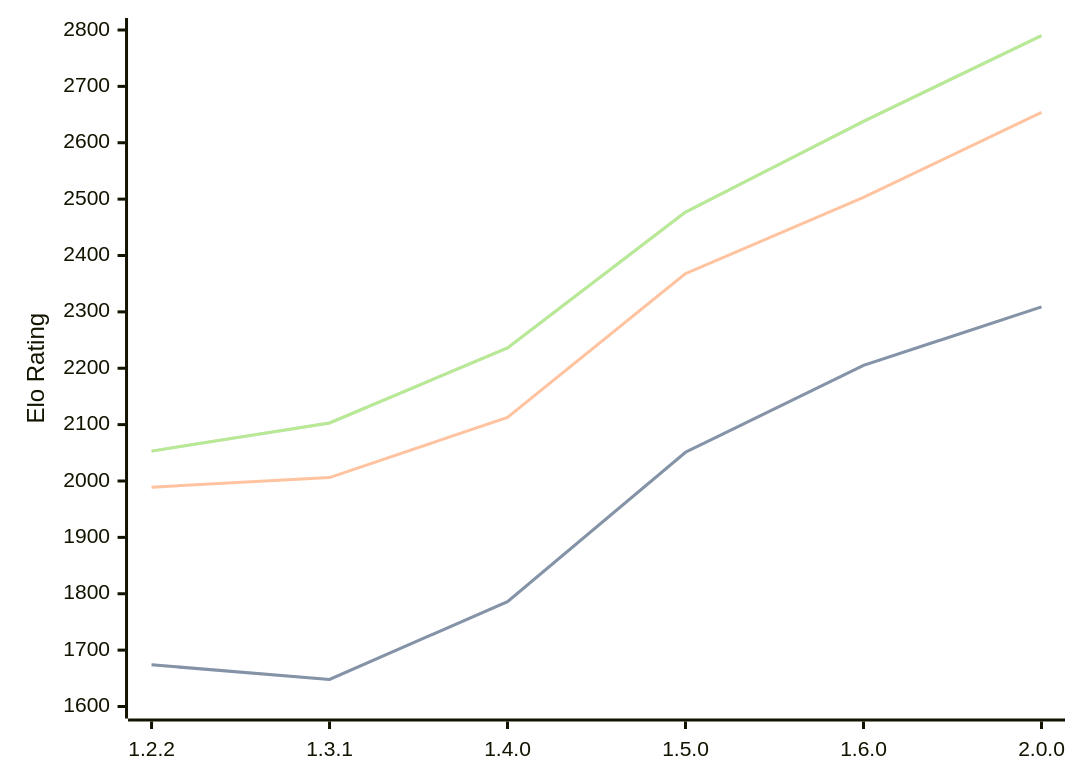
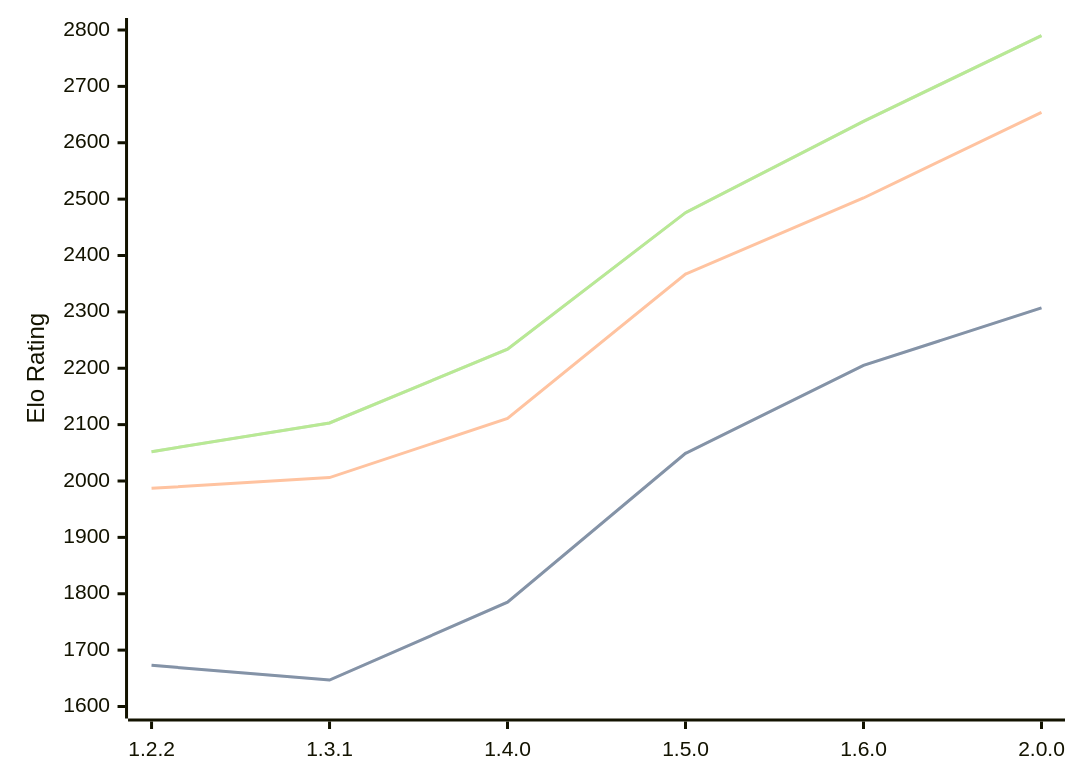
One commit to computer-chess-index/cci changed the diagram in engines/SoloEngine.md. Above: the diagram before and after it, drawn with Mermaid. The commit also changed other lines of this file, not shown here.

Commit message:
Update CCI Ratings (ELO VLTC) - 2026-04-06

````diff
--- a/engines/SoloEngine.md
+++ b/engines/SoloEngine.md
@@ -36,11 +36,11 @@
 ```mermaid
 %%{init: {"theme":"base","themeVariables":{"seriesColors:['#a3a3a3','#222221','#faa371']}}}%%
 xychart-beta
   x-axis ["1.2.2", "1.3.1", "1.4.0", "1.5.0", "1.6.0", "2.0.0"]
   y-axis "Elo Rating" 1600 --> 2800
-  line "STC (8.0+0.08s)" [1674, 1648, 1786, 2051, 2205, 2309]
-  line "STC (8.0+0.08s)" [1674, 1648, 1786, 2051, 2205, 2309]
-  line "LTC (60.0+0.60s)" [1989, 2006, 2113, 2368, 2503, 2654]
-  line "VLTC (2m24s+1.12s)" [2053, 2103, 2236, 2477, 2638, 2790]
-  line "VLTC (2m24s+1.12s)" [2053, 2103, 2236, 2477, 2638, 2790]
+  line "STC (8.0+0.08s)" [1673, 1647, 1785, 2049, 2205, 2307]
+  line "STC (8.0+0.08s)" [1673, 1647, 1785, 2049, 2205, 2307]
+  line "LTC (60.0+0.60s)" [1987, 2006, 2111, 2367, 2502, 2654]
+  line "VLTC (2m24s+1.12s)" [2052, 2103, 2234, 2476, 2638, 2790]
+  line "VLTC (2m24s+1.12s)" [2052, 2103, 2234, 2476, 2638, 2790]
 ```
````
